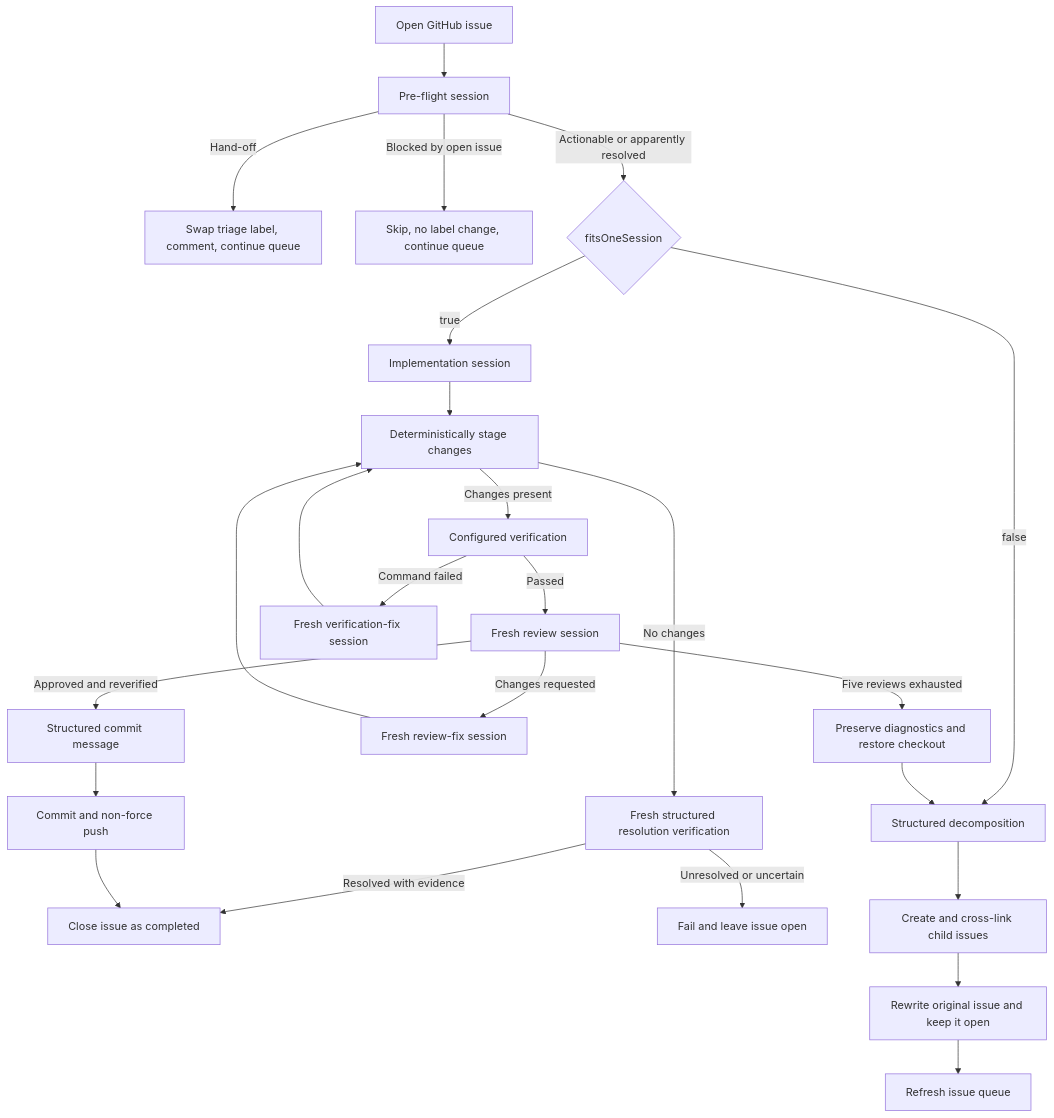
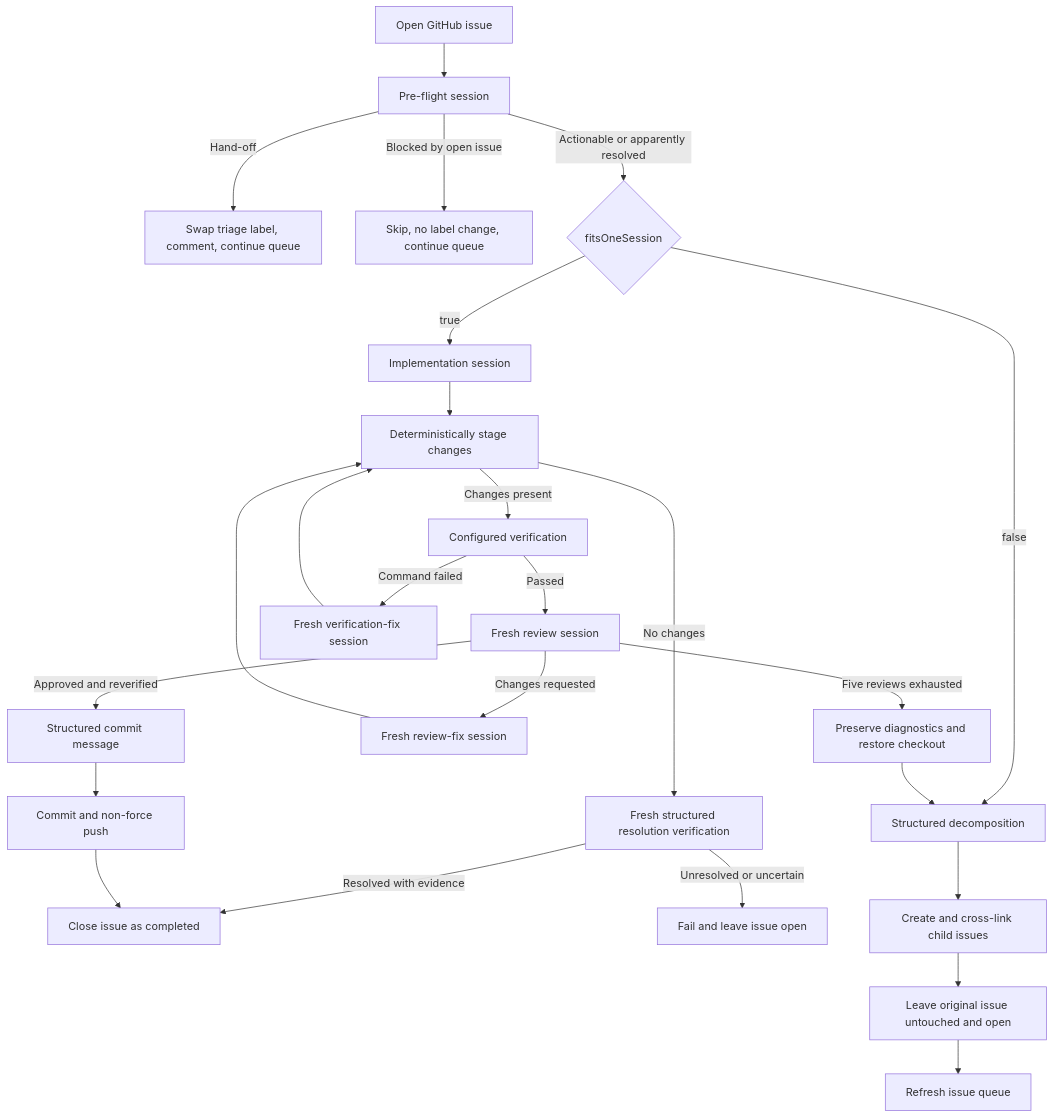
The first of 3 diagrams in docs/workflows.md (beremaran/ralphie), drawn with Mermaid before and after one commit. The commit also changed other lines of this file and 2 other files, not shown here.

````diff
--- a/docs/workflows.md
+++ b/docs/workflows.md
@@ -41,27 +41,27 @@
 ```mermaid
 flowchart TD
     A[Open GitHub issue] --> Z[Pre-flight session]
     Z -->|Hand-off| Y[Swap triage label, comment, continue queue]
     Z -->|Blocked by open issue| W[Skip, no label change, continue queue]
     Z -->|Actionable or apparently resolved| B{fitsOneSession}
     B -->|true| C[Implementation session]
     C --> D[Deterministically stage changes]
     D -->|Changes present| V[Configured verification]
     V -->|Passed| E[Fresh review session]
     V -->|Command failed| R[Fresh verification-fix session]
     R --> D
     D -->|No changes| N[Fresh structured resolution verification]
     N -->|Resolved with evidence| O[Close issue as completed]
     N -->|Unresolved or uncertain| P[Fail and leave issue open]
     E -->|Approved and reverified| F[Structured commit message]
     E -->|Changes requested| G[Fresh review-fix session]
     G --> D
     E -->|Five reviews exhausted| H[Preserve diagnostics and restore checkout]
     B -->|false| I[Structured decomposition]
     H --> I
     I --> J[Create and cross-link child issues]
-    J --> K[Rewrite original issue and keep it open]
+    J --> K[Leave original issue untouched and open]
     K --> L[Refresh issue queue]
     F --> M[Commit and non-force push]
     M --> O
 ```
````
